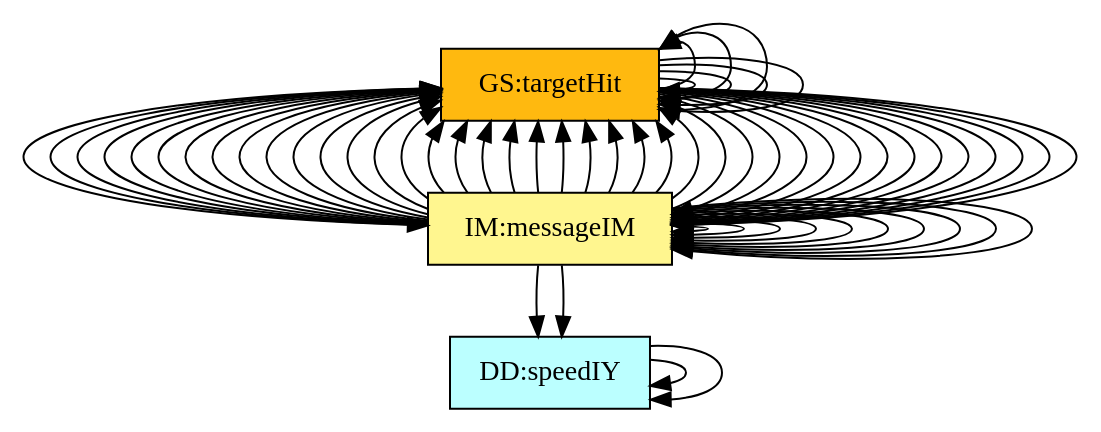
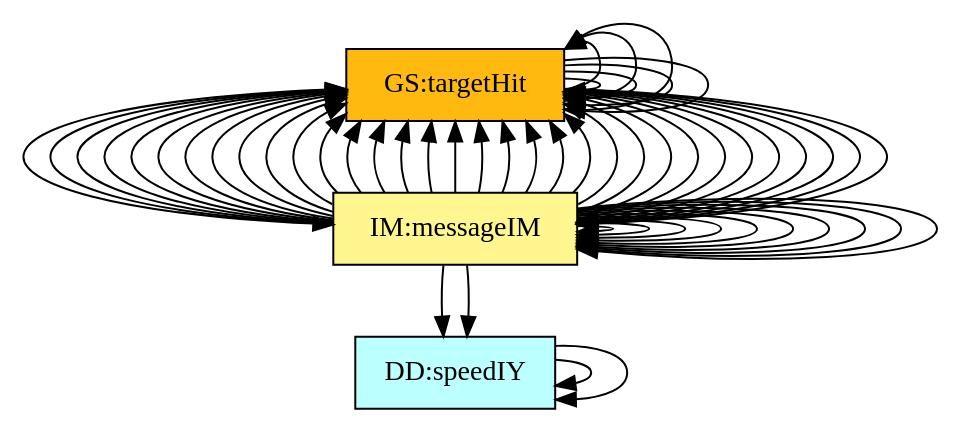
One commit to JacquesCarette/Drasil changed the diagram in code/stable/projectile/TraceyGraph/allvsall.dot. Above: the diagram before and after it, drawn with Graphviz. The commit also changed 49 other files, not shown here.

```diff
--- a/code/stable/projectile/TraceyGraph/allvsall.dot
+++ b/code/stable/projectile/TraceyGraph/allvsall.dot
@@ -1,149 +1,139 @@
 digraph allvsall {
 	instance:cartSyst -> instance:neglectCurv;
 	instance:targetXAxis -> instance:neglectCurv;
 	instance:constAccel -> instance:accelXZero;
 	instance:constAccel -> instance:accelYGravity;
 	instance:constAccel -> instance:neglectDrag;
 	instance:constAccel -> instance:freeFlight;
 	instance:accelYGravity -> instance:yAxisGravity;
 	dataDefn:ixVel -> dataDefn:speed;
 	dataDefn:iyVel -> dataDefn:speed;
 	theory:projSpeed -> instance:pointMass;
 	theory:projSpeed -> instance:timeStartZero;
 	theory:projSpeed -> theory:accelerationTM;
 	theory:projPos -> instance:pointMass;
 	theory:projPos -> instance:timeStartZero;
 	theory:projPos -> theory:velocityTM;
 	theory:projPos -> theory:projSpeed;
 	theory:velocity -> instance:twoDMotion;
 	theory:velocity -> instance:cartSyst;
 	theory:velocity -> instance:constAccel;
 	theory:velocity -> instance:timeStartZero;
 	theory:velocity -> theory:projSpeed;
 	theory:position -> instance:twoDMotion;
 	theory:position -> instance:cartSyst;
 	theory:position -> instance:constAccel;
 	theory:position -> instance:timeStartZero;
 	theory:position -> theory:projPos;
 	theory:flightduration -> instance:yAxisGravity;
 	theory:flightduration -> instance:launchOrigin;
 	theory:flightduration -> instance:targetXAxis;
 	theory:flightduration -> instance:posXDirection;
 	theory:flightduration -> instance:accelYGravity;
 	theory:flightduration -> instance:timeStartZero;
 	theory:flightduration -> instance:gravAccelValue;
 	theory:flightduration -> dataDefn:iyVel;
 	theory:flightduration -> theory:position;
 	theory:landingposition -> instance:yAxisGravity;
 	theory:landingposition -> instance:launchOrigin;
 	theory:landingposition -> instance:posXDirection;
 	theory:landingposition -> instance:accelXZero;
 	theory:landingposition -> instance:gravAccelValue;
 	theory:landingposition -> dataDefn:ixVel;
 	theory:landingposition -> theory:position;
 	theory:landingposition -> theory:flightduration;
 	theory:offset -> instance:posXDirection;
 	theory:offset -> theory:landingposition;
 	theory:outputMessage -> instance:posXDirection;
 	theory:outputMessage -> theory:offset;
-	instance:calcValues -> theory:flightduration;
-	instance:calcValues -> theory:landingposition;
-	instance:calcValues -> theory:offset;
-	instance:calcValues -> theory:outputMessage;
-	instance:outputValues -> theory:flightduration;
-	instance:outputValues -> theory:offset;
-	instance:outputValues -> theory:outputMessage;
 	instance:calcValues -> theory:flightduration;
 	instance:calcValues -> theory:landingposition;
 	instance:calcValues -> theory:offset;
 	instance:calcValues -> theory:outputMessage;
 	instance:outputValues -> theory:flightduration;
 	instance:outputValues -> theory:offset;
 	instance:outputValues -> theory:outputMessage;
 
 
 	instance:twoDMotion	[shape=box, color=black, style=filled, fillcolor=mistyrose, label="A:twoDMotion"];
 	instance:cartSyst	[shape=box, color=black, style=filled, fillcolor=mistyrose, label="A:cartSyst"];
 	instance:yAxisGravity	[shape=box, color=black, style=filled, fillcolor=mistyrose, label="A:yAxisGravity"];
 	instance:launchOrigin	[shape=box, color=black, style=filled, fillcolor=mistyrose, label="A:launchOrigin"];
 	instance:targetXAxis	[shape=box, color=black, style=filled, fillcolor=mistyrose, label="A:targetXAxis"];
 	instance:posXDirection	[shape=box, color=black, style=filled, fillcolor=mistyrose, label="A:posXDirection"];
 	instance:constAccel	[shape=box, color=black, style=filled, fillcolor=mistyrose, label="A:constAccel"];
 	instance:accelXZero	[shape=box, color=black, style=filled, fillcolor=mistyrose, label="A:accelXZero"];
 	instance:accelYGravity	[shape=box, color=black, style=filled, fillcolor=mistyrose, label="A:accelYGravity"];
 	instance:neglectDrag	[shape=box, color=black, style=filled, fillcolor=mistyrose, label="A:neglectDrag"];
 	instance:pointMass	[shape=box, color=black, style=filled, fillcolor=mistyrose, label="A:pointMass"];
 	instance:freeFlight	[shape=box, color=black, style=filled, fillcolor=mistyrose, label="A:freeFlight"];
 	instance:neglectCurv	[shape=box, color=black, style=filled, fillcolor=mistyrose, label="A:neglectCurv"];
 	instance:timeStartZero	[shape=box, color=black, style=filled, fillcolor=mistyrose, label="A:timeStartZero"];
 	instance:gravAccelValue	[shape=box, color=black, style=filled, fillcolor=mistyrose, label="A:gravAccelValue"];
 
 	subgraph A {
 	rank="same"
 	{instance:twoDMotion, instance:cartSyst, instance:yAxisGravity, instance:launchOrigin, instance:targetXAxis, instance:posXDirection, instance:constAccel, instance:accelXZero, instance:accelYGravity, instance:neglectDrag, instance:pointMass, instance:freeFlight, instance:neglectCurv, instance:timeStartZero, instance:gravAccelValue}
 	}
 
 	dataDefn:speed	[shape=box, color=black, style=filled, fillcolor=paleturquoise1, label="DD:vecMag"];
 	dataDefn:ixVel	[shape=box, color=black, style=filled, fillcolor=paleturquoise1, label="DD:speedIX"];
 	dataDefn:iyVel	[shape=box, color=black, style=filled, fillcolor=paleturquoise1, label="DD:speedIY"];
 
 	subgraph DD {
 	rank="same"
 	{dataDefn:speed, dataDefn:ixVel, dataDefn:iyVel}
 	}
 
 	theory:accelerationTM	[shape=box, color=black, style=filled, fillcolor=pink, label="TM:acceleration"];
 	theory:velocityTM	[shape=box, color=black, style=filled, fillcolor=pink, label="TM:velocity"];
 
 	subgraph TM {
 	rank="same"
 	{theory:accelerationTM, theory:velocityTM}
 	}
 
 	theory:projSpeed	[shape=box, color=black, style=filled, fillcolor=palegreen, label="GD:rectVel"];
 	theory:projPos	[shape=box, color=black, style=filled, fillcolor=palegreen, label="GD:rectPos"];
 	theory:velocity	[shape=box, color=black, style=filled, fillcolor=palegreen, label="GD:velVec"];
 	theory:position	[shape=box, color=black, style=filled, fillcolor=palegreen, label="GD:posVec"];
 
 	subgraph GD {
 	rank="same"
 	{theory:projSpeed, theory:projPos, theory:velocity, theory:position}
 	}
 
 	theory:flightduration	[shape=box, color=black, style=filled, fillcolor=khaki1, label="IM:calOfLandingTime"];
 	theory:landingposition	[shape=box, color=black, style=filled, fillcolor=khaki1, label="IM:calOfLandingDist"];
 	theory:offset	[shape=box, color=black, style=filled, fillcolor=khaki1, label="IM:offsetIM"];
 	theory:outputMessage	[shape=box, color=black, style=filled, fillcolor=khaki1, label="IM:messageIM"];
 
 	subgraph IM {
 	rank="same"
 	{theory:flightduration, theory:landingposition, theory:offset, theory:outputMessage}
 	}
 
-	instance:verifyInVals	[shape=box, color=black, style=filled, fillcolor=ivory, label="FR:verifyInVals"];
-	instance:calcValues	[shape=box, color=black, style=filled, fillcolor=ivory, label="FR:calcValues"];
-	instance:outputValues	[shape=box, color=black, style=filled, fillcolor=ivory, label="FR:outputValues"];
 	instance:correct	[shape=box, color=black, style=filled, fillcolor=ivory, label="NFR:correct"];
 	instance:verifiable	[shape=box, color=black, style=filled, fillcolor=ivory, label="NFR:verifiable"];
 	instance:understandable	[shape=box, color=black, style=filled, fillcolor=ivory, label="NFR:understandable"];
 	instance:reusable	[shape=box, color=black, style=filled, fillcolor=ivory, label="NFR:reusable"];
 	instance:maintainable	[shape=box, color=black, style=filled, fillcolor=ivory, label="NFR:maintainable"];
 	instance:portable	[shape=box, color=black, style=filled, fillcolor=ivory, label="NFR:portable"];
 	instance:inputValues	[shape=box, color=black, style=filled, fillcolor=ivory, label="FR:inputValues"];
 	instance:verifyInVals	[shape=box, color=black, style=filled, fillcolor=ivory, label="FR:verifyInVals"];
 	instance:calcValues	[shape=box, color=black, style=filled, fillcolor=ivory, label="FR:calcValues"];
 	instance:outputValues	[shape=box, color=black, style=filled, fillcolor=ivory, label="FR:outputValues"];
 
-	subgraph FR {
+	subgraph NFR {
 	rank="same"
-	{instance:verifyInVals, instance:calcValues, instance:outputValues, instance:correct, instance:verifiable, instance:understandable, instance:reusable, instance:maintainable, instance:portable, instance:inputValues, instance:verifyInVals, instance:calcValues, instance:outputValues}
+	{instance:correct, instance:verifiable, instance:understandable, instance:reusable, instance:maintainable, instance:portable, instance:inputValues, instance:verifyInVals, instance:calcValues, instance:outputValues}
 	}
 
 	instance:targetHit	[shape=box, color=black, style=filled, fillcolor=darkgoldenrod1, label="GS:targetHit"];
 
 	subgraph GS {
 	rank="same"
 	{instance:targetHit}
 	}
 
 }
```
